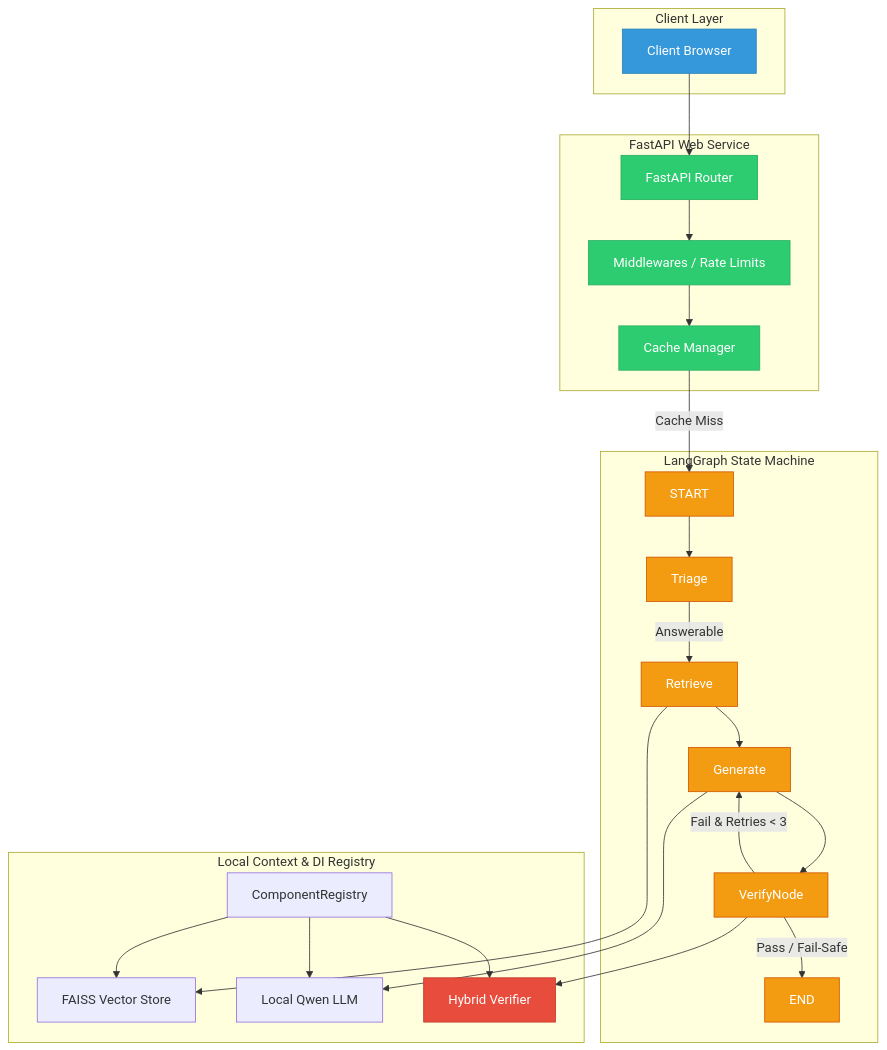
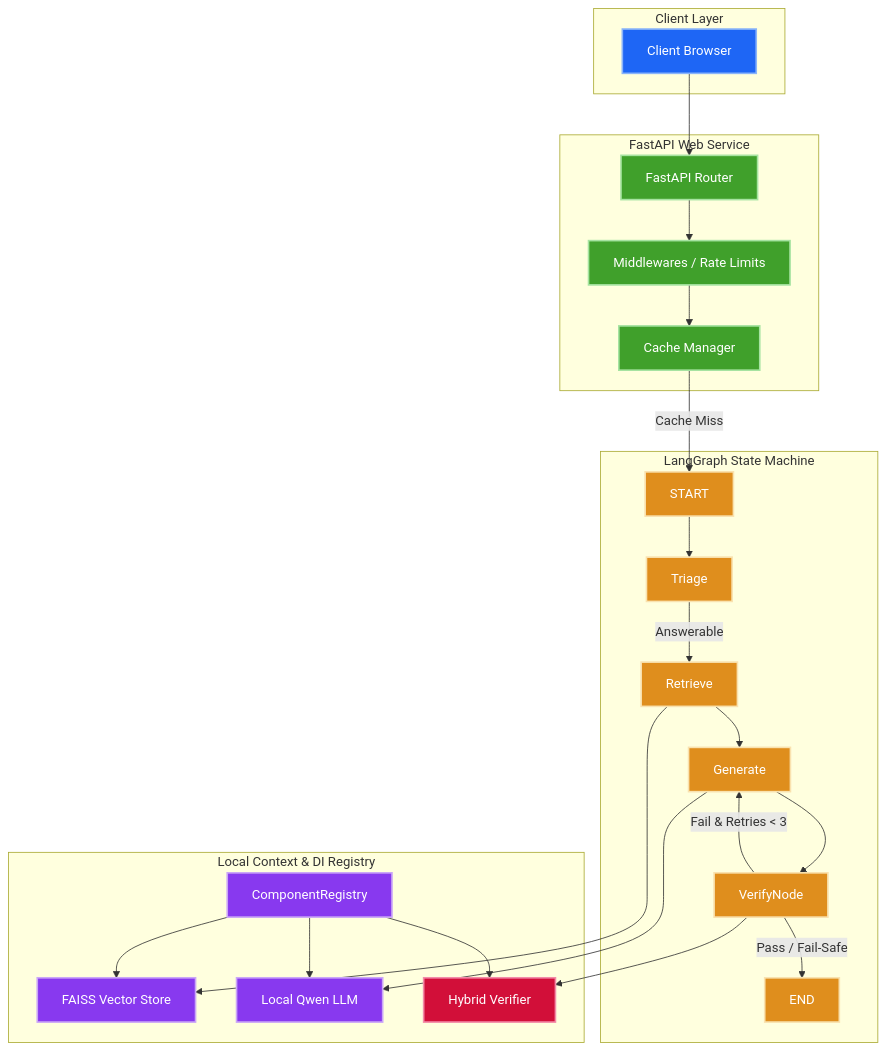
One commit to himanshu-jadhav108/AgentFlow-AI changed the second of 4 diagrams in README.md. Above: the diagram before and after it, drawn with Mermaid. The commit also changed other lines of this file and 23 other files, not shown here.

Commit message:
docs: remove docs links, untrack docs folder, and apply Catppuccin color theme to Mermaid diagrams

````diff
--- a/README.md
+++ b/README.md
@@ -60,40 +60,41 @@
 ```mermaid
 graph TB;
-    classDef styleClient fill:#3498db,stroke:#2980b9,color:#fff;
-    classDef styleApp fill:#2ecc71,stroke:#27ae60,color:#fff;
-    classDef styleGraph fill:#f39c12,stroke:#d35400,color:#fff;
-    classDef styleVerify fill:#e74c3c,stroke:#c0392b,color:#fff;
+    classDef styleClient fill:#1E66F5,stroke:#89B4FA,stroke-width:2px,color:#FFFFFF;
+    classDef styleApp fill:#40A02B,stroke:#A6E3A1,stroke-width:2px,color:#FFFFFF;
+    classDef styleGraph fill:#DF8E1D,stroke:#F9E2AF,stroke-width:2px,color:#FFFFFF;
+    classDef styleVerify fill:#D20F39,stroke:#F38BA8,stroke-width:2px,color:#FFFFFF;
+    classDef styleRegistry fill:#8839EF,stroke:#CBA6F7,stroke-width:2px,color:#FFFFFF;
 
     subgraph Client Layer
         U[Client Browser]:::styleClient;
     end
 
     subgraph FastAPI Web Service
         API[FastAPI Router]:::styleApp;
         Middle[Middlewares / Rate Limits]:::styleApp;
         Cache[Cache Manager]:::styleApp;
     end
 
     subgraph LangGraph State Machine
         START:::styleGraph --> Triage:::styleGraph;
         Triage -->|Answerable| Retrieve:::styleGraph;
         Retrieve --> Generate:::styleGraph;
         Generate --> VerifyNode:::styleGraph;
         VerifyNode -->|Fail & Retries < 3| Generate;
         VerifyNode -->|Pass / Fail-Safe| END:::styleGraph;
     end
 
     subgraph Local Context & DI Registry
-        Registry[ComponentRegistry] --> FAISS[FAISS Vector Store];
-        Registry --> LLM[Local Qwen LLM];
+        Registry[ComponentRegistry]:::styleRegistry --> FAISS[FAISS Vector Store]:::styleRegistry;
+        Registry --> LLM[Local Qwen LLM]:::styleRegistry;
         Registry --> Verifier[Hybrid Verifier]:::styleVerify;
     end
 
     U --> API;
     API --> Middle;
     Middle --> Cache;
     Cache -->|Cache Miss| START;
     Retrieve --> FAISS;
     Generate --> LLM;
     VerifyNode --> Verifier;
 ```
````
